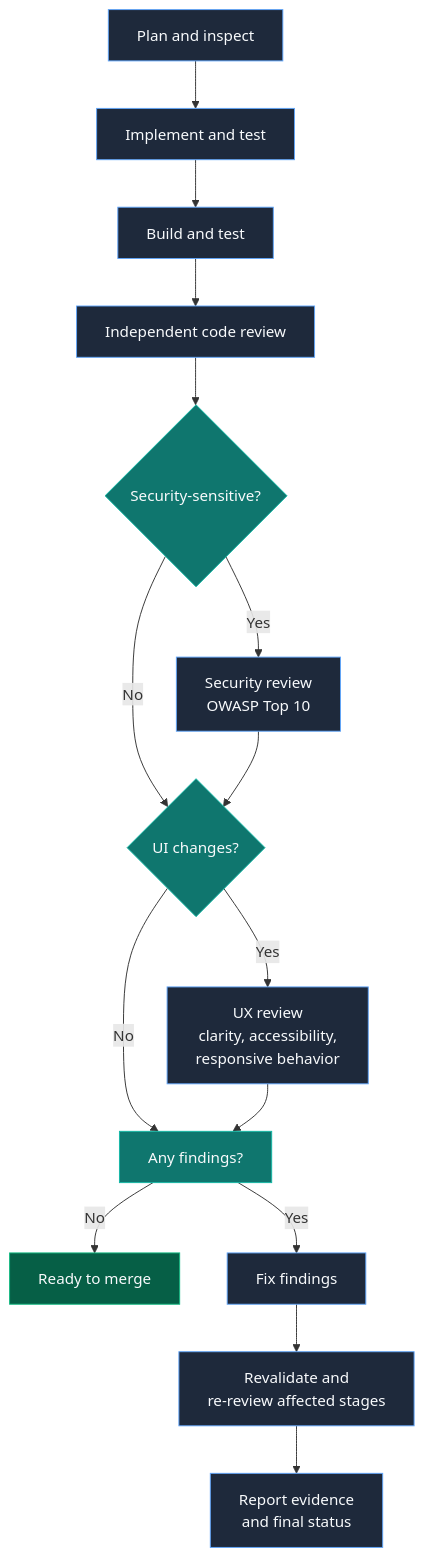
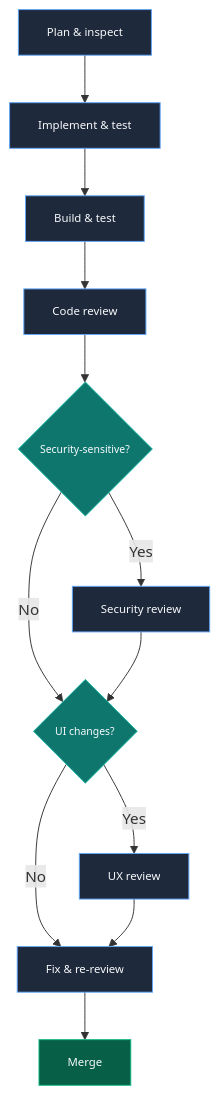
Before and after one commit to wmorgan69/light-controller-simulator: the diagram in README.md, drawn with Mermaid.

Commit message:
Make agentic workflow diagram more compact
- Shortened node labels (Plan & inspect vs Plan and inspect)
- Removed intermediate 'Any findings?' and 'Report' nodes
- Combined fix/re-review into single step
- Reduced font size for decision nodes
- More compact vertical layout while keeping all decision logic

````diff
--- a/README.md
+++ b/README.md
@@ -9,35 +9,22 @@
 ```mermaid
 flowchart TD
-  Plan["Plan and inspect"]
-  Build["Implement and test"]
-  Validate["Build and test"]
-  CodeReview["Independent code review"]
+  A["Plan & inspect"] --> B["Implement & test"]
+  B --> C["Build & test"]
+  C --> D["Code review"]
+  D --> E{"Security-sensitive?"}
+  E -->|Yes| F["Security review"]
+  E -->|No| G{"UI changes?"}
+  F --> G
+  G -->|Yes| H["UX review"]
+  G -->|No| I["Fix & re-review"]
+  H --> I
+  I --> J["Merge"]
   
-  Plan --> Build
-  Build --> Validate
-  Validate --> CodeReview
+  classDef stage fill:#1E293B,stroke:#60A5FA,color:#F8FAFC,font-size:12px;
+  classDef decision fill:#0F766E,stroke:#14B8A6,color:#F8FAFC,font-size:11px;
+  classDef outcome fill:#065F46,stroke:#10B981,color:#F8FAFC,font-size:12px;
   
-  CodeReview --> SecurityDecision{"Security-sensitive?"}
-  
-  SecurityDecision -->|Yes| SecurityReview["Security review<br/>OWASP Top 10"]
-  SecurityDecision -->|No| UXDecision{"UI changes?"}
-  SecurityReview --> UXDecision
-  
-  UXDecision -->|Yes| UXReview["UX review<br/>clarity, accessibility,<br/>responsive behavior"]
-  UXDecision -->|No| Findings["Any findings?"]
-  UXReview --> Findings
-  
-  Findings -->|No| Merge["Ready to merge"]
-  Findings -->|Yes| Rebuild["Fix findings"]
-  
-  Rebuild --> Revalidate["Revalidate and<br/>re-review affected stages"]
-  Revalidate --> Report["Report evidence<br/>and final status"]
-  
-  classDef stage fill:#1E293B,stroke:#60A5FA,color:#F8FAFC;
-  classDef decision fill:#0F766E,stroke:#14B8A6,color:#F8FAFC;
-  classDef outcome fill:#065F46,stroke:#10B981,color:#F8FAFC;
-  
-  class Plan,Build,Validate,CodeReview,SecurityReview,UXReview,Rebuild,Revalidate,Report stage;
-  class SecurityDecision,UXDecision,Findings decision;
-  class Merge outcome;
+  class A,B,C,D,F,H,I stage;
+  class E,G decision;
+  class J outcome;
 ```
````
